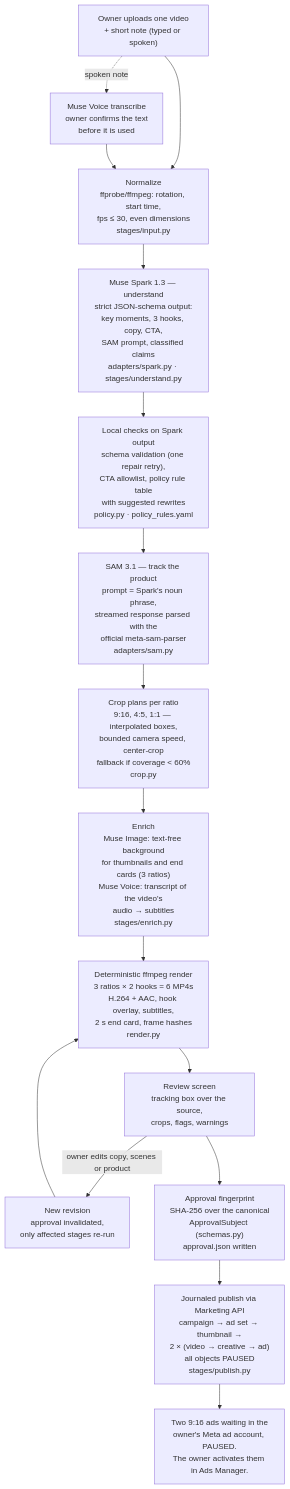
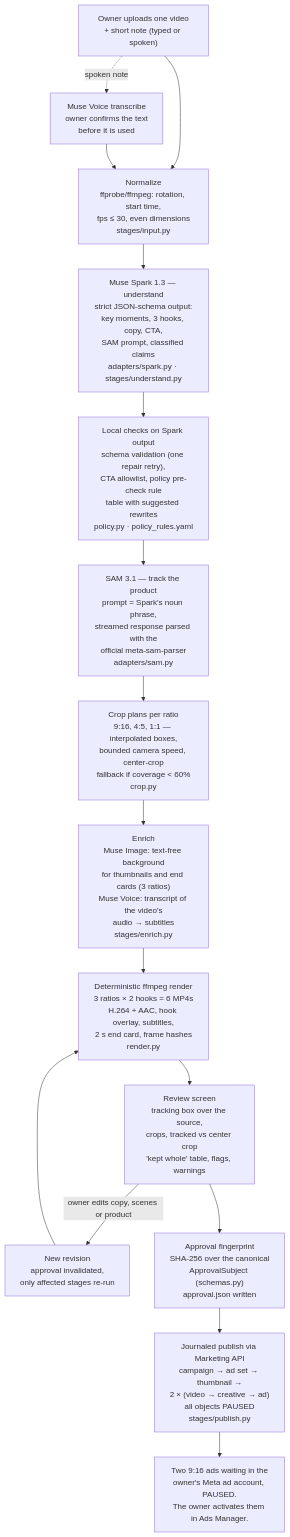
The diagram in docs/submission/ARCHITECTURE.md (NL-Hackerton/Meta-AI-Hackathon), drawn with Mermaid before and after one commit. The commit also changed other lines of this file and 3 other files, not shown here.

````diff
--- a/docs/submission/ARCHITECTURE.md
+++ b/docs/submission/ARCHITECTURE.md
@@ -7,18 +9,18 @@
 ```mermaid
 flowchart TD
     A["Owner uploads one video<br/>+ short note (typed or spoken)"] --> B["Normalize<br/>ffprobe/ffmpeg: rotation, start time,<br/>fps ≤ 30, even dimensions<br/>stages/input.py"]
     A -. "spoken note" .-> V0["Muse Voice transcribe<br/>owner confirms the text<br/>before it is used"]
     V0 --> B
     B --> C["Muse Spark 1.3 — understand<br/>strict JSON-schema output:<br/>key moments, 3 hooks, copy, CTA,<br/>SAM prompt, classified claims<br/>adapters/spark.py · stages/understand.py"]
-    C --> C2["Local checks on Spark output<br/>schema validation (one repair retry),<br/>CTA allowlist, policy rule table<br/>with suggested rewrites<br/>policy.py · policy_rules.yaml"]
+    C --> C2["Local checks on Spark output<br/>schema validation (one repair retry),<br/>CTA allowlist, policy pre-check rule<br/>table with suggested rewrites<br/>policy.py · policy_rules.yaml"]
     C2 --> D["SAM 3.1 — track the product<br/>prompt = Spark's noun phrase,<br/>streamed response parsed with the<br/>official meta-sam-parser<br/>adapters/sam.py"]
     D --> E["Crop plans per ratio<br/>9:16, 4:5, 1:1 — interpolated boxes,<br/>bounded camera speed, center-crop<br/>fallback if coverage < 60%<br/>crop.py"]
     E --> F["Enrich<br/>Muse Image: text-free background<br/>for thumbnails and end cards (3 ratios)<br/>Muse Voice: transcript of the video's<br/>audio → subtitles<br/>stages/enrich.py"]
     F --> G["Deterministic ffmpeg render<br/>3 ratios × 2 hooks = 6 MP4s<br/>H.264 + AAC, hook overlay, subtitles,<br/>2 s end card, frame hashes<br/>render.py"]
-    G --> H["Review screen<br/>tracking box over the source,<br/>crops, flags, warnings"]
+    G --> H["Review screen<br/>tracking box over the source,<br/>crops, tracked vs center crop<br/>'kept whole' table, flags, warnings"]
     H -->|"owner edits copy, scenes or product"| R["New revision<br/>approval invalidated,<br/>only affected stages re-run"]
     R --> G
     H --> I["Approval fingerprint<br/>SHA-256 over the canonical<br/>ApprovalSubject (schemas.py)<br/>approval.json written"]
     I --> J["Journaled publish via Marketing API<br/>campaign → ad set → thumbnail →<br/>2 × (video → creative → ad)<br/>all objects PAUSED<br/>stages/publish.py"]
     J --> K["Two 9:16 ads waiting in the<br/>owner's Meta ad account, PAUSED.<br/>The owner activates them in Ads Manager."]
 ```
````
